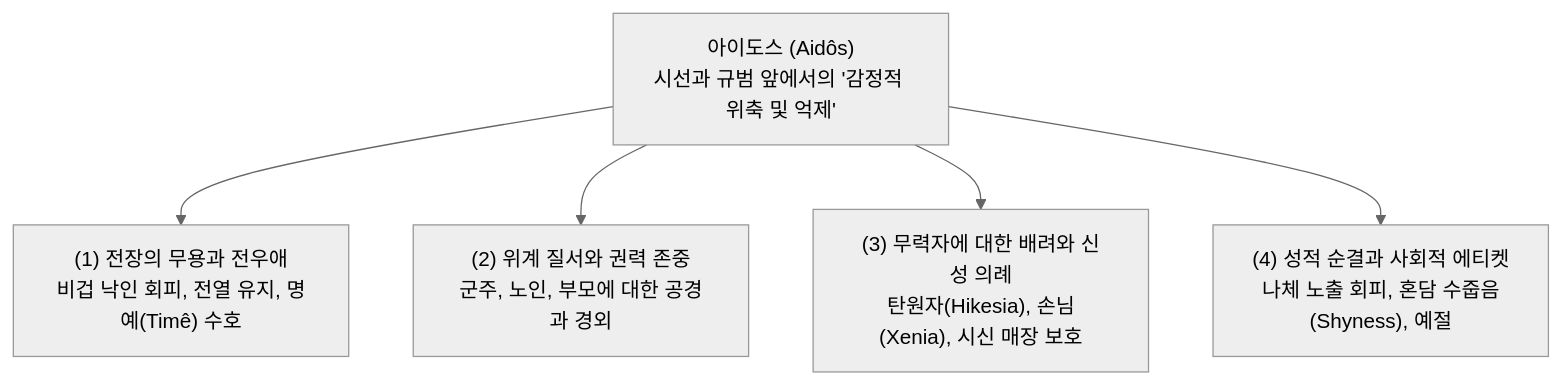
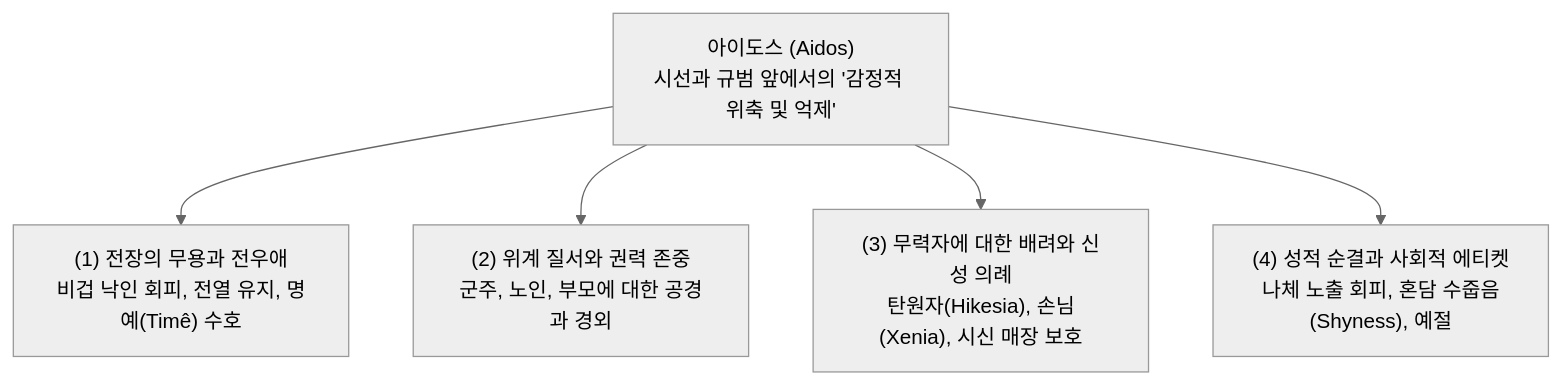
One commit to YgHnSIM/Homer_wiki changed the diagram in wiki/concepts/concept-aidos.md. Above: the diagram before and after it, drawn with Mermaid (neutral theme). The commit also changed other lines of this file and 28 other files, not shown here.

````diff
--- a/wiki/concepts/concept-aidos.md
+++ b/wiki/concepts/concept-aidos.md
@@ -32,7 +54,7 @@
 ```mermaid
 graph TD
-    A["아이도스 (Aidôs)<br/>시선과 규범 앞에서의 '감정적 위축 및 억제'"] --> B["(1) 전장의 무용과 전우애<br/>비겁 낙인 회피, 전열 유지, 명예(Timê) 수호"]
+    A["아이도스 (Aidos)<br/>시선과 규범 앞에서의 '감정적 위축 및 억제'"] --> B["(1) 전장의 무용과 전우애<br/>비겁 낙인 회피, 전열 유지, 명예(Timê) 수호"]
     A --> C["(2) 위계 질서와 권력 존중<br/>군주, 노인, 부모에 대한 공경과 경외"]
     A --> D["(3) 무력자에 대한 배려와 신성 의례<br/>탄원자(Hikesia), 손님(Xenia), 시신 매장 보호"]
     A --> E["(4) 성적 순결과 사회적 에티켓<br/>나체 노출 회피, 혼담 수줍음(Shyness), 예절"]
 ```
````
